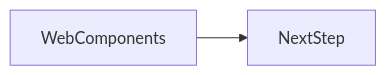
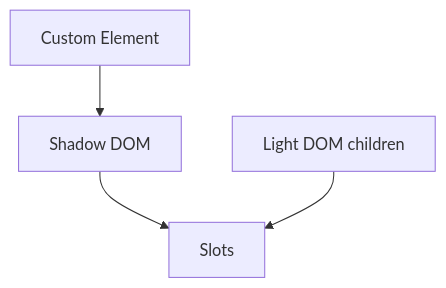
One commit to OmidJavaherii/Frontend-Engineering-Handbook changed the second of 2 diagrams in docs/en/09-browser-apis/web-components/index.md. Above: the diagram before and after it, drawn with Mermaid. The commit also changed other lines of this file and 461 other files, not shown here.

````diff
--- a/docs/en/09-browser-apis/web-components/index.md
+++ b/docs/en/09-browser-apis/web-components/index.md
@@ -95,4 +112,6 @@
 ```mermaid
-flowchart LR
-  concept[WebComponents] --> nextStep[NextStep]
+flowchart TD
+  CE[Custom Element] --> SR[Shadow DOM]
+  SR --> Slots
+  Light[Light DOM children] -->Slots
 ```
````
